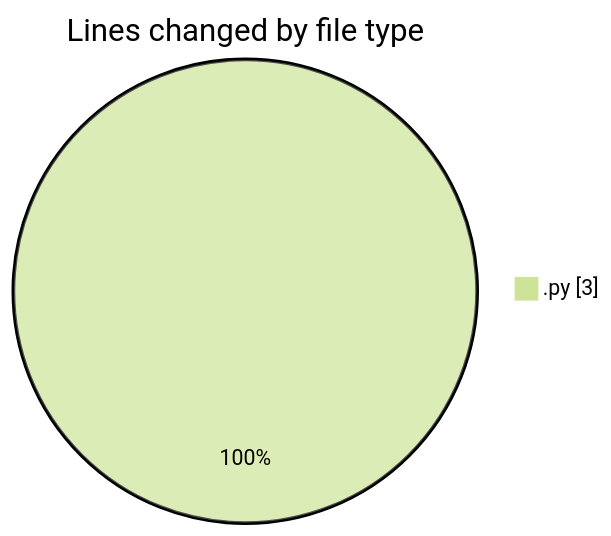
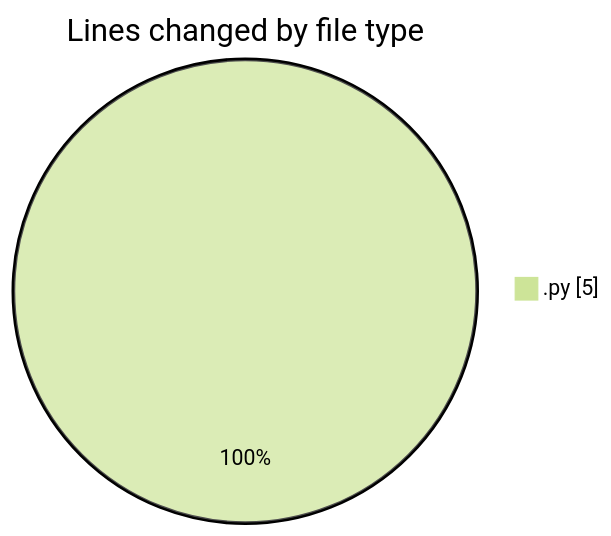
One commit to Ritupan-Deka/code-tracking changed the first of 2 diagrams in 2026-01-21/dsa/README.md. Above: the diagram before and after it, drawn with Mermaid (forest theme). The commit also changed other lines of this file and 1 other file, not shown here.

````diff
--- a/2026-01-21/dsa/README.md
+++ b/2026-01-21/dsa/README.md
@@ -20,5 +20,5 @@
 ```mermaid
 pie showData
 title Lines changed by file type
-".py" : 3
+".py" : 5
 ```
````
